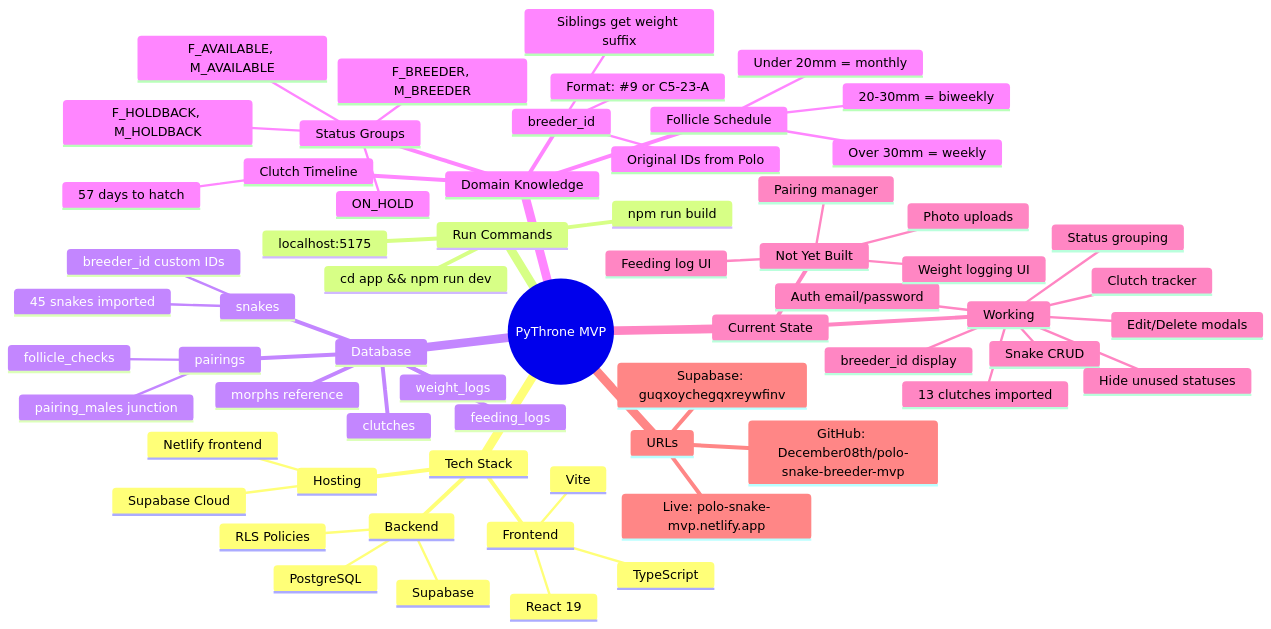
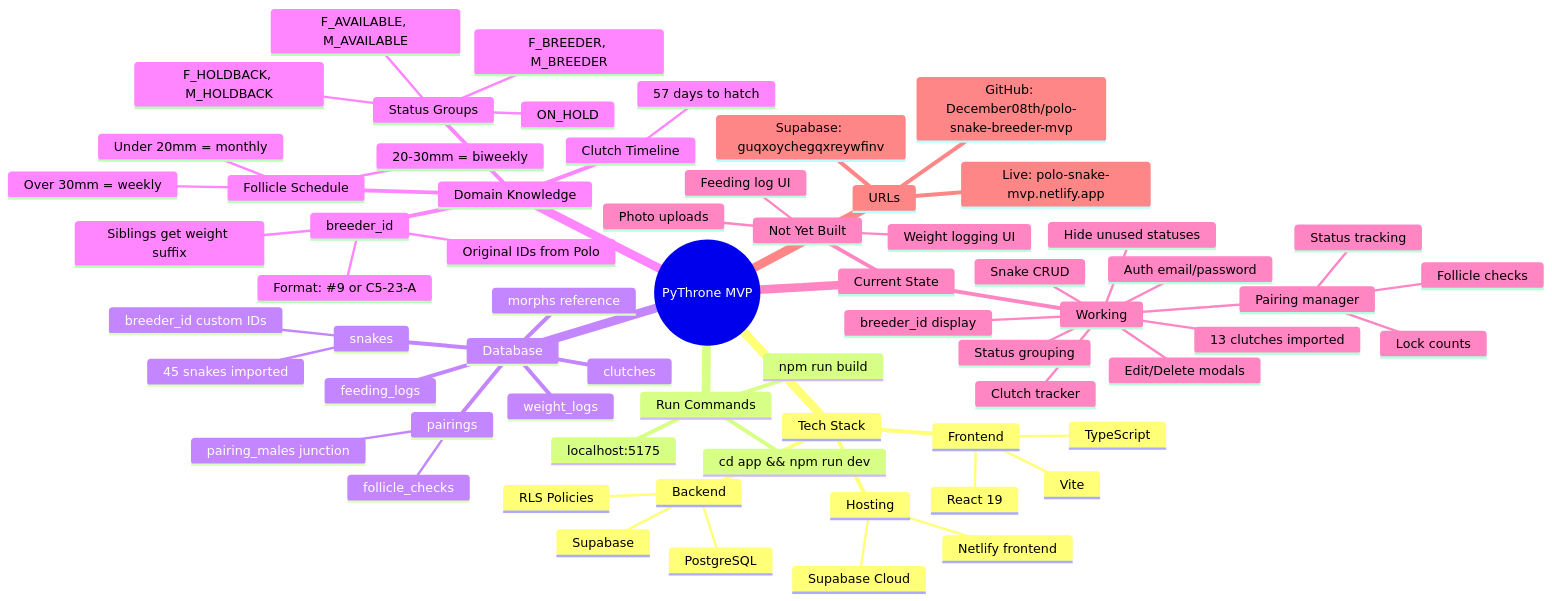
One commit to December08th/polo-snake-breeder-mvp changed the diagram in CLAUDE.md. Above: the diagram before and after it, drawn with Mermaid. The commit also changed other lines of this file and 6 other files, not shown here.

First line of the commit message:
Add Pairing Manager feature

````diff
--- a/CLAUDE.md
+++ b/CLAUDE.md
@@ -5,66 +5,69 @@
 ```mermaid
 mindmap
   root((PyThrone MVP))
     Tech Stack
       Frontend
         React 19
         TypeScript
         Vite
       Backend
         Supabase
         PostgreSQL
         RLS Policies
       Hosting
         Netlify frontend
         Supabase Cloud
     Run Commands
       cd app && npm run dev
       localhost:5175
       npm run build
     Database
       snakes
         breeder_id custom IDs
         45 snakes imported
       weight_logs
       feeding_logs
       pairings
         pairing_males junction
         follicle_checks
       clutches
       morphs reference
     Domain Knowledge
       breeder_id
         Original IDs from Polo
         Format: #9 or C5-23-A
         Siblings get weight suffix
       Status Groups
         F_BREEDER, M_BREEDER
         F_HOLDBACK, M_HOLDBACK
         F_AVAILABLE, M_AVAILABLE
         ON_HOLD
       Follicle Schedule
         Under 20mm = monthly
         20-30mm = biweekly
         Over 30mm = weekly
       Clutch Timeline
         57 days to hatch
     Current State
       Working
         Auth email/password
         Snake CRUD
         Status grouping
         Hide unused statuses
         Edit/Delete modals
         breeder_id display
         Clutch tracker
         13 clutches imported
+        Pairing manager
+          Status tracking
+          Lock counts
+          Follicle checks
       Not Yet Built
         Weight logging UI
         Feeding log UI
-        Pairing manager
         Photo uploads
     URLs
       Live: polo-snake-mvp.netlify.app
       Supabase: guqxoychegqxreywfinv
       GitHub: December08th/polo-snake-breeder-mvp
 ```
````
